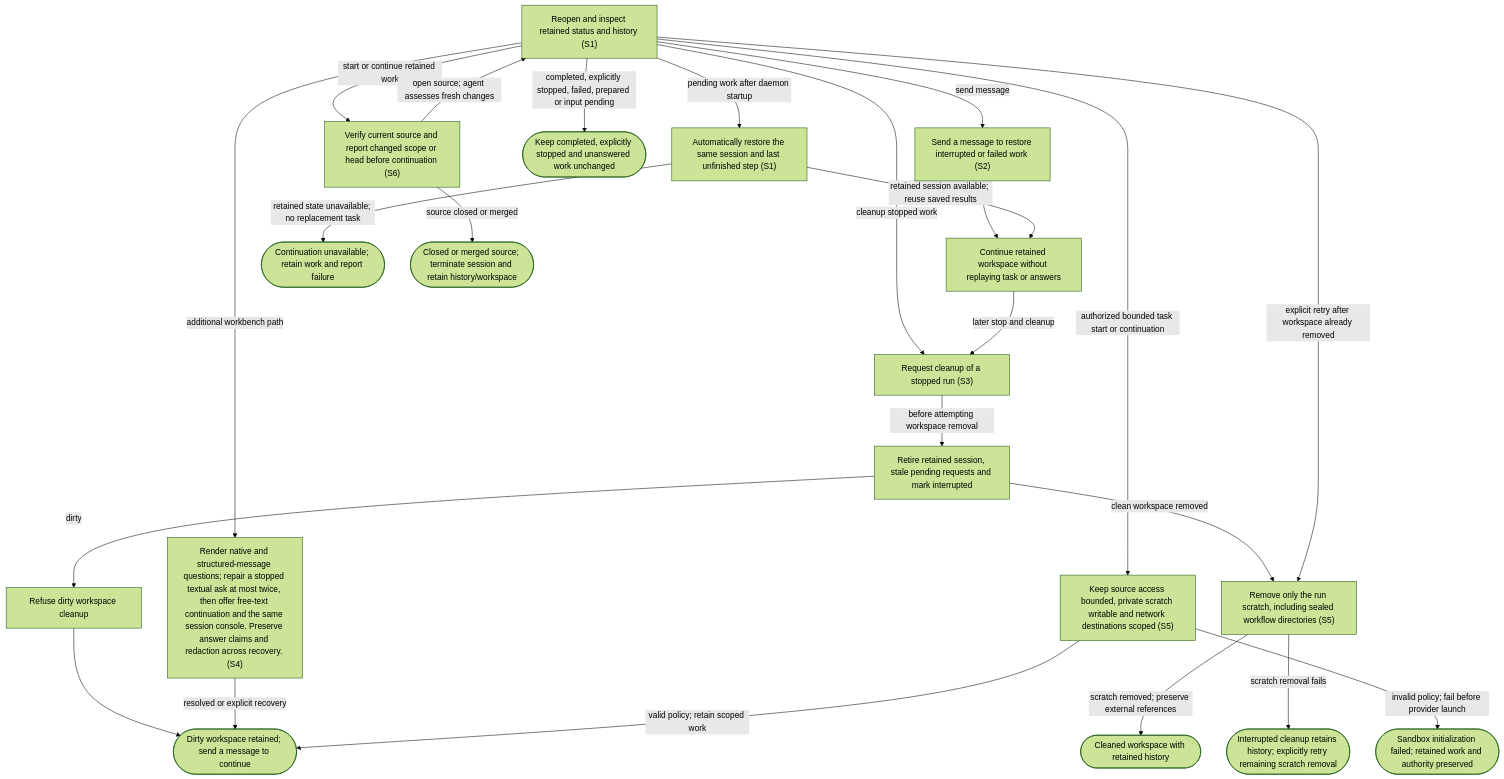
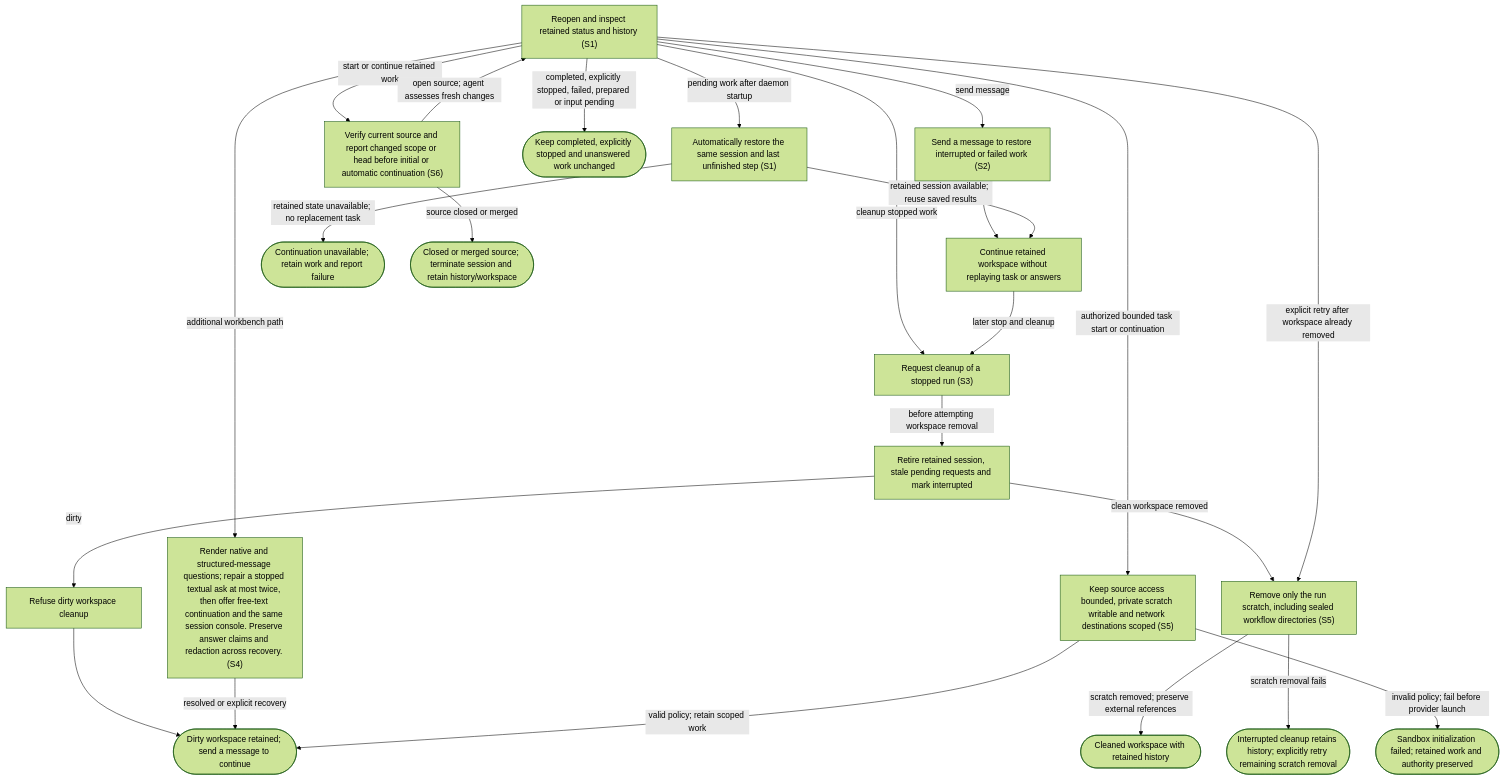
One commit to dk-code-factory/code-factory-plugin changed the diagram in docs/user-flows/recover-cleanup.md. Above: the diagram before and after it, drawn with Mermaid (forest theme). The commit also changed other lines of this file and 65 other files, not shown here.

````diff
--- a/docs/user-flows/recover-cleanup.md
+++ b/docs/user-flows/recover-cleanup.md
@@ -44,44 +44,44 @@
 ```mermaid
 flowchart TD
     N0["Reopen and inspect retained status and history #40;S1#41;"]
     N1["Send a message to restore interrupted or failed work #40;S2#41;"]
     N2["Continue retained workspace without replaying task or answers"]
     N3["Request cleanup of a stopped run #40;S3#41;"]
     N4["Refuse dirty workspace cleanup"]
     N5(["Dirty workspace retained#59; send a message to continue"])
     N6(["Cleaned workspace with retained history"])
     N7["Retire retained session, stale pending requests and mark interrupted"]
     N8["Render native and structured-message questions#59; repair a stopped textual ask at most twice, then offer free-text continuation and the same session console. Preserve answer claims and redaction across recovery. #40;S4#41;"]
     N9["Keep source access bounded, private scratch writable and network destinations scoped #40;S5#41;"]
     N10(["Sandbox initialization failed#59; retained work and authority preserved"])
     N11["Remove only the run scratch, including sealed workflow directories #40;S5#41;"]
     N12(["Interrupted cleanup retains history#59; explicitly retry remaining scratch removal"])
     N13["Automatically restore the same session and last unfinished step #40;S1#41;"]
     N14(["Keep completed, explicitly stopped and unanswered work unchanged"])
     N15(["Continuation unavailable#59; retain work and report failure"])
-    N16["Verify current source and report changed scope or head before continuation #40;S6#41;"]
+    N16["Verify current source and report changed scope or head before initial or automatic continuation #40;S6#41;"]
     N17(["Closed or merged source#59; terminate session and retain history/workspace"])
     N0 -->|"send message"| N1
     N1 --> N2
     N0 -->|"cleanup stopped work"| N3
     N2 -->|"later stop and cleanup"| N3
     N7 -->|"dirty"| N4
     N4 --> N5
     N3 -->|"before attempting workspace removal"| N7
     N0 -->|"additional workbench path"| N8
     N8 -->|"resolved or explicit recovery"| N5
     N0 -->|"authorized bounded task start or continuation"| N9
     N9 -->|"valid policy#59; retain scoped work"| N5
     N9 -->|"invalid policy#59; fail before provider launch"| N10
     N7 -->|"clean workspace removed"| N11
     N11 -->|"scratch removed#59; preserve external references"| N6
     N11 -->|"scratch removal fails"| N12
     N0 -->|"explicit retry after workspace already removed"| N11
     N0 -->|"pending work after daemon startup"| N13
     N13 -->|"retained session available#59; reuse saved results"| N2
     N13 -->|"retained state unavailable#59; no replacement task"| N15
     N0 -->|"completed, explicitly stopped, failed, prepared or input pending"| N14
     N0 -->|"start or continue retained work"| N16
     N16 -->|"source closed or merged"| N17
     N16 -->|"open source#59; agent assesses fresh changes"| N0
 ```
````
